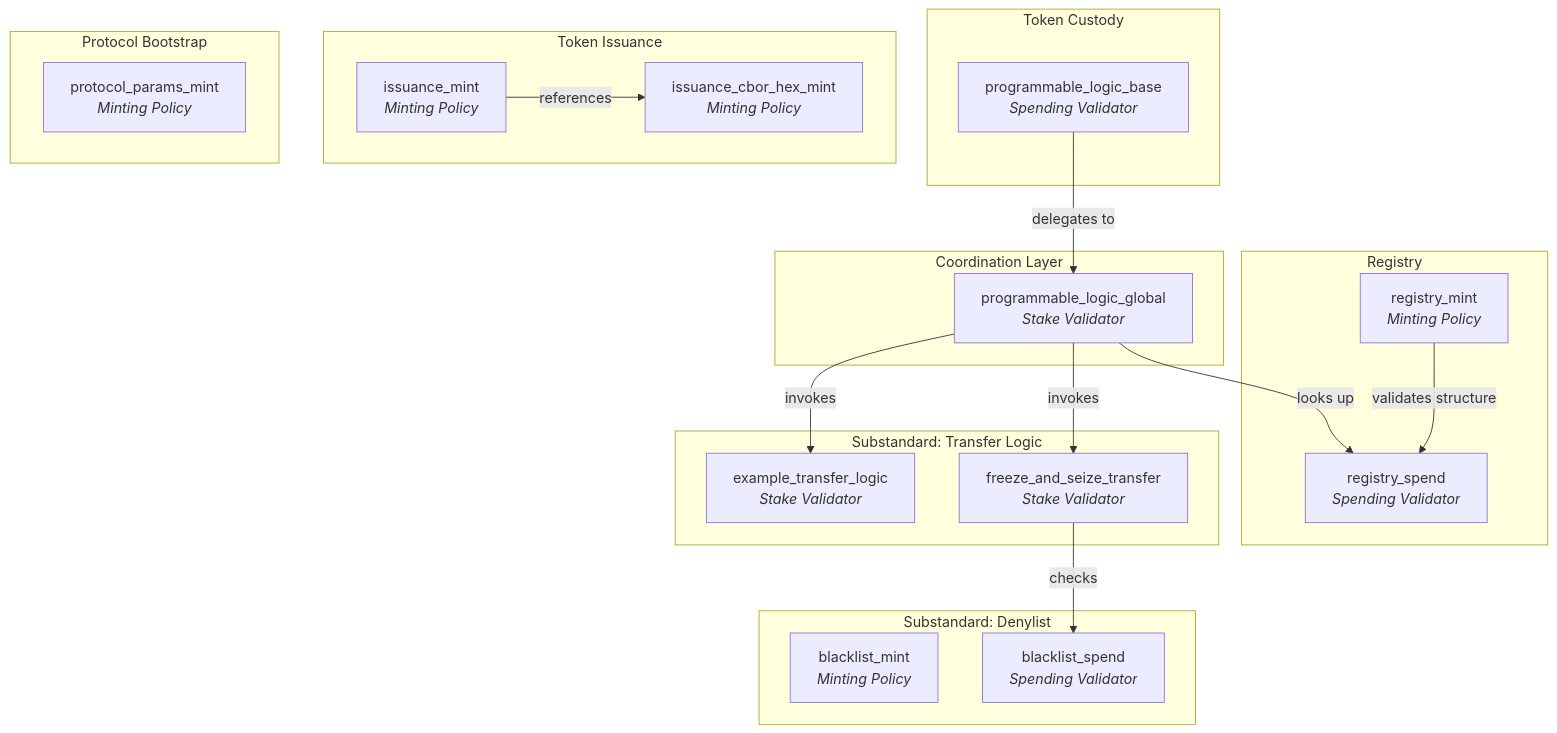
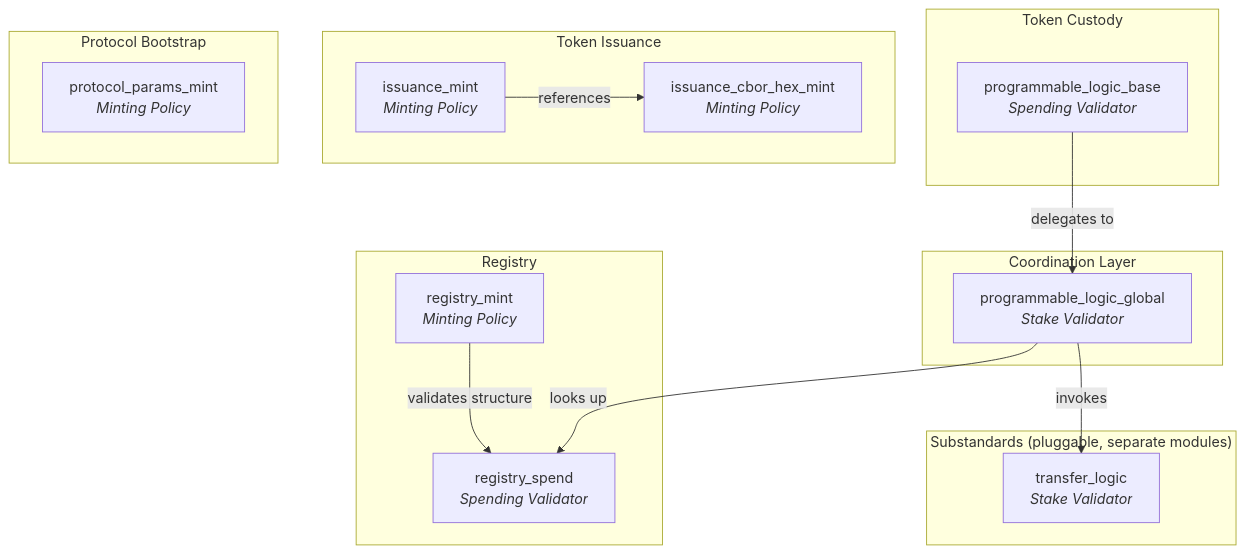
The first of 3 diagrams in src/programmable-tokens-onchain-aiken/documentation/02-ARCHITECTURE.md (cardano-foundation/cip113-programmable-tokens), drawn with Mermaid before and after one commit. The commit also changed other lines of this file and 11 other files, not shown here.

````diff
--- a/src/programmable-tokens-onchain-aiken/documentation/02-ARCHITECTURE.md
+++ b/src/programmable-tokens-onchain-aiken/documentation/02-ARCHITECTURE.md
@@ -56,42 +56,34 @@
 ```mermaid
 graph TB
     subgraph "Token Custody"
         PLB[programmable_logic_base<br/><i>Spending Validator</i>]
     end
 
     subgraph "Coordination Layer"
         PLG[programmable_logic_global<br/><i>Stake Validator</i>]
     end
 
     subgraph "Registry"
         RM[registry_mint<br/><i>Minting Policy</i>]
         RS[registry_spend<br/><i>Spending Validator</i>]
     end
 
     subgraph "Token Issuance"
         IM[issuance_mint<br/><i>Minting Policy</i>]
         ICH[issuance_cbor_hex_mint<br/><i>Minting Policy</i>]
     end
 
     subgraph "Protocol Bootstrap"
         PP[protocol_params_mint<br/><i>Minting Policy</i>]
     end
 
-    subgraph "Substandard: Transfer Logic"
-        TL[example_transfer_logic<br/><i>Stake Validator</i>]
-        FES[freeze_and_seize_transfer<br/><i>Stake Validator</i>]
-    end
-
-    subgraph "Substandard: Denylist"
-        BM[blacklist_mint<br/><i>Minting Policy</i>]
-        BS[blacklist_spend<br/><i>Spending Validator</i>]
+    subgraph "Substandards (pluggable, separate modules)"
+        TL[transfer_logic<br/><i>Stake Validator</i>]
     end
 
     PLB -->|"delegates to"| PLG
     PLG -->|"looks up"| RS
     PLG -->|"invokes"| TL
-    PLG -->|"invokes"| FES
-    FES -->|"checks"| BS
     RM -->|"validates structure"| RS
     IM -->|"references"| ICH
 ```
````
